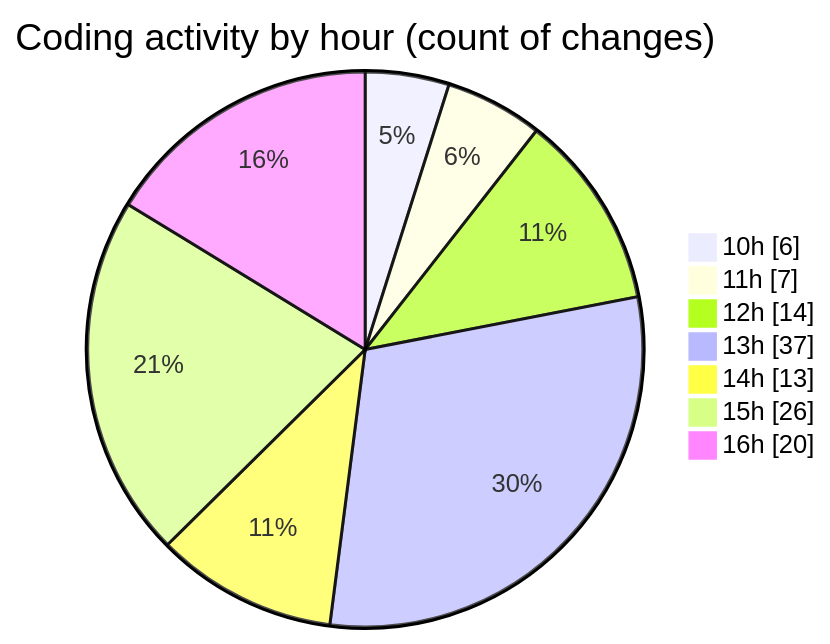
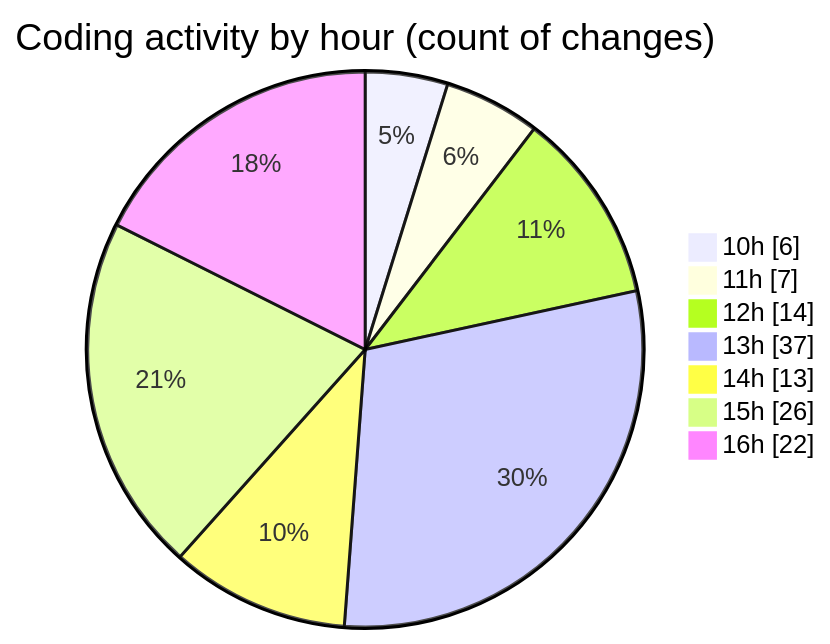
One commit to momahboobian/code-tracking changed the second of 2 diagrams in 2025-06-23/cda/README.md. Above: the diagram before and after it, drawn with Mermaid. The commit also changed other lines of this file and 1 other file, not shown here.

````diff
--- a/2025-06-23/cda/README.md
+++ b/2025-06-23/cda/README.md
@@ -49,11 +49,11 @@
 ```mermaid
 pie showData
 title Coding activity by hour (count of changes)
 "10h" : 6
 "11h" : 7
 "12h" : 14
 "13h" : 37
 "14h" : 13
 "15h" : 26
-"16h" : 20
+"16h" : 22
 ```
````
